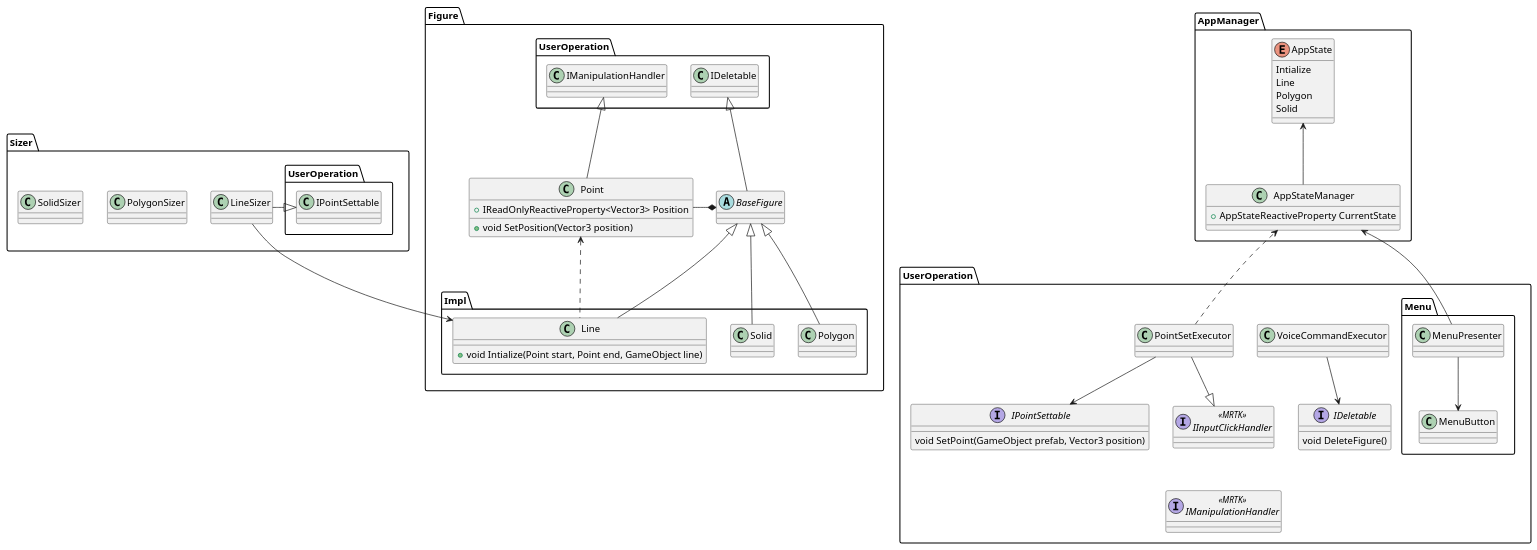
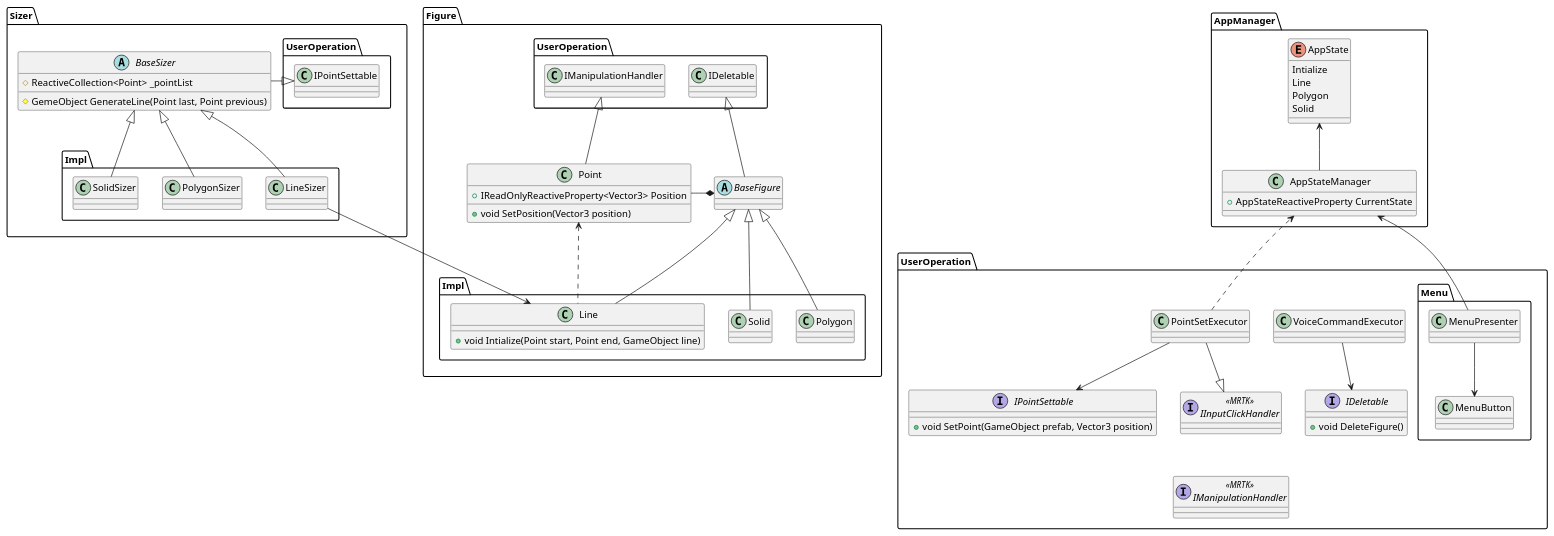
Before and after one commit to dykarohora/HoloMeasurement: the diagram in ClassDiagram.wsd, drawn with PlantUML. The commit also changed 84 other files, not shown here.

```diff
--- a/ClassDiagram.wsd
+++ b/ClassDiagram.wsd
@@ -1,93 +1,103 @@
 @startuml
 
 namespace Figure {
     abstract class BaseFigure {
     }
     namespace Impl {
         class Line {
             +void Intialize(Point start, Point end, GameObject line)
         }
         class Polygon {
         }
         class Solid {
         }
         Line --u|> Figure.BaseFigure
         Line ..u> Figure.Point
         Polygon --u|> Figure.BaseFigure
         Solid --u|> Figure.BaseFigure
     }
 
     class Point {
         +IReadOnlyReactiveProperty<Vector3> Position
         +void SetPosition(Vector3 position)
     }
     
     Point --u|> UserOperation.IManipulationHandler
     Point --l* BaseFigure
     BaseFigure --u|> UserOperation.IDeletable
 }
 
 namespace AppManager {
     class AppStateManager {
         +AppStateReactiveProperty CurrentState
     }
 
     enum AppState {
         Intialize
         Line
         Polygon
         Solid
     }
     AppStateManager --u> AppState
 }
 
 namespace Sizer {
-    class LineSizer {
+    abstract class BaseSizer {
+        #ReactiveCollection<Point> _pointList
+        #GemeObject GenerateLine(Point last, Point previous)
     }
-    class PolygonSizer {
-    }
-    class SolidSizer {
+    namespace Impl {
+        class LineSizer {
+        }
+        class PolygonSizer {
+        }
+        class SolidSizer {
+        }
+        LineSizer --u|> Sizer.BaseSizer
+        PolygonSizer --u|> Sizer.BaseSizer
+        SolidSizer --u|> Sizer.BaseSizer
+
+        LineSizer --> Figure.Impl.Line
     }
 
-    LineSizer --r|> UserOperation.IPointSettable
-    LineSizer --> Figure.Impl.Line
+    BaseSizer --r|> UserOperation.IPointSettable
 }
 
 namespace UserOperation {
     class VoiceCommandExecutor {
     }
     class PointSetExecutor {
     }
 
     interface IPointSettable {
-        void SetPoint(GameObject prefab, Vector3 position)
+        +void SetPoint(GameObject prefab, Vector3 position)
     }
     interface IDeletable {
-        void DeleteFigure()
+        +void DeleteFigure()
     }
 
     interface IInputClickHandler<<MRTK>>{
     }
     interface IManipulationHandler<<MRTK>>{
     }
 
     VoiceCommandExecutor --d> IDeletable
     PointSetExecutor --d> IPointSettable
     PointSetExecutor --|> IInputClickHandler
 
     PointSetExecutor ..> AppManager.AppStateManager
 
     IInputClickHandler -[hidden]d- IManipulationHandler
 
     namespace Menu {
         class MenuPresenter {
         }
         class MenuButton {
         }
 
         MenuPresenter --> MenuButton
         MenuPresenter --u> AppManager.AppStateManager
     }
 }
 
 @enduml
```
